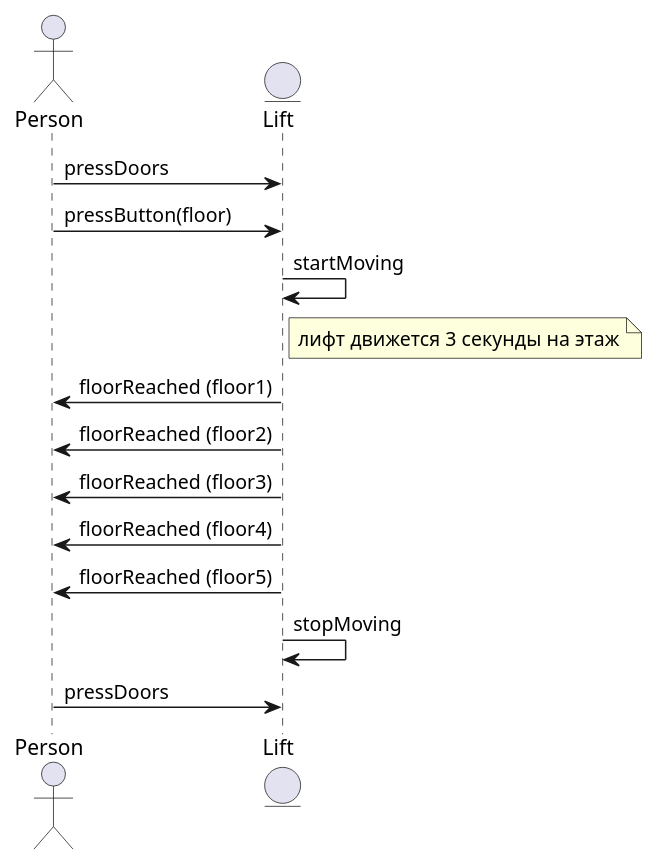
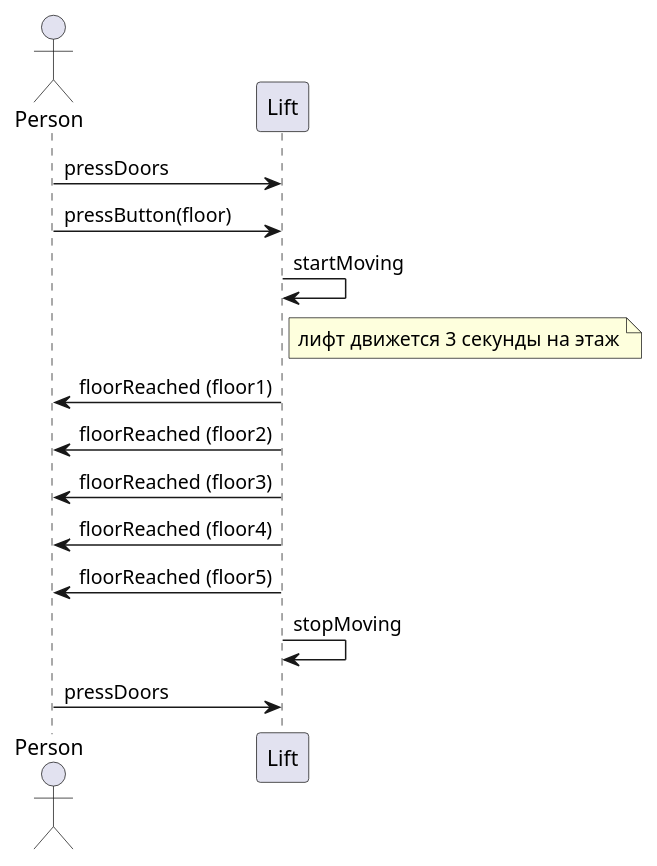
The diagram in lab5/2-последовательности.puml (lisisisan/CASE-2024), drawn with PlantUML before and after one commit. The commit also changed 27 other files, not shown here.

```diff
--- a/lab5/2-последовательности.puml
+++ b/lab5/2-последовательности.puml
@@ -1,27 +1,27 @@
 @startuml
 actor Person
-entity Lift
+participant Lift
 
 ' Пассажир нажимает кнопку для закрытия дверей
 Person -> Lift : pressDoors
 
 ' Пассажир выбирает этаж
 Person -> Lift : pressButton(floor)
 
 ' Лифт закрывает двери и начинает движение
 Lift -> Lift : startMoving
 note right of Lift : лифт движется 3 секунды на этаж
 
 ' Лифт сообщает о проезжаемых этажах
 Lift -> Person : floorReached (floor1)
 Lift -> Person : floorReached (floor2)
 Lift -> Person : floorReached (floor3)
 Lift -> Person : floorReached (floor4)
 Lift -> Person : floorReached (floor5)
 
 ' Лифт останавливается
 Lift -> Lift : stopMoving
 
 ' Пассажир нажимает кнопку для открытия дверей
 Person -> Lift : pressDoors
 @enduml
```
